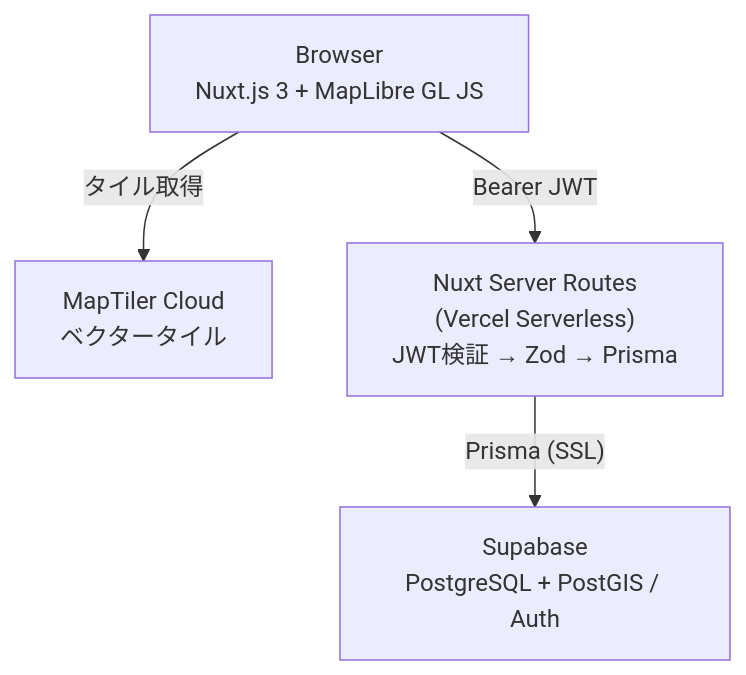
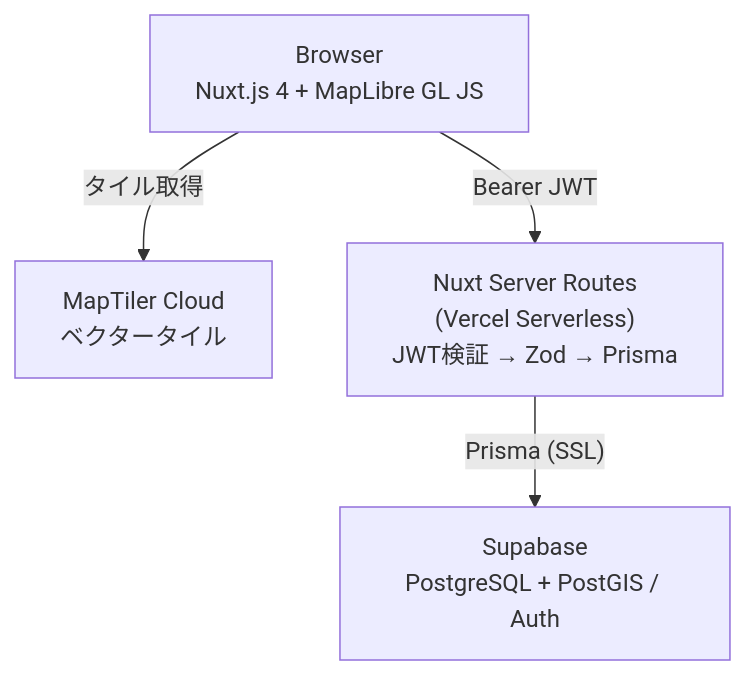
Before and after one commit to kojikawazu/stamped-map-web-app: the diagram in README.md, drawn with Mermaid. The commit also changed other lines of this file and 19 other files, not shown here.

````diff
--- a/README.md
+++ b/README.md
@@ -63,11 +63,11 @@
 ```mermaid
 flowchart TD
-    Browser["Browser<br/>Nuxt.js 3 + MapLibre GL JS"]
+    Browser["Browser<br/>Nuxt.js 4 + MapLibre GL JS"]
     Tiles["MapTiler Cloud<br/>ベクタータイル"]
     API["Nuxt Server Routes<br/>(Vercel Serverless)<br/>JWT検証 → Zod → Prisma"]
     DB["Supabase<br/>PostgreSQL + PostGIS / Auth"]
 
     Browser -- "Bearer JWT" --> API
     Browser -- "タイル取得" --> Tiles
     API -- "Prisma (SSL)" --> DB
 ```
````
